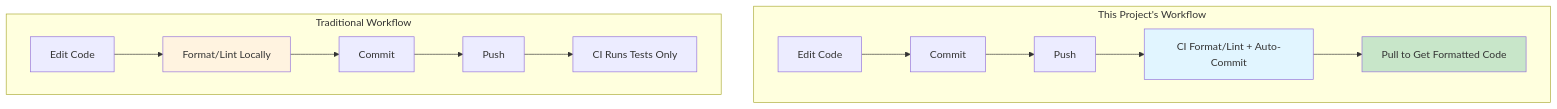
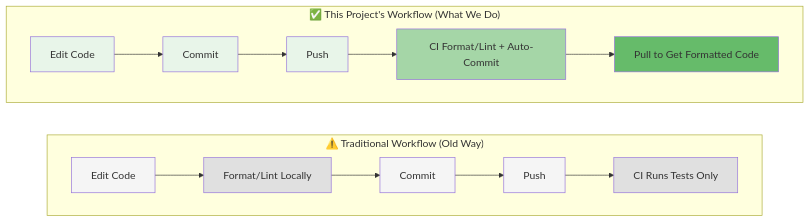
The first of 6 diagrams in .github/CI_CD_GUIDE.md (borealBytes/startup-blueprint), drawn with Mermaid before and after one commit.

Commit message:
docs(ci): stack workflow diagrams vertically with visual distinction
- Stack This Project's Workflow above Traditional Workflow
- Use color coding: green for current approach, gray for old approach
- Make visual hierarchy clear with distinct styling

````diff
--- a/.github/CI_CD_GUIDE.md
+++ b/.github/CI_CD_GUIDE.md
@@ -11,20 +11,30 @@
 ```mermaid
-graph TB
-    subgraph "This Project's Workflow"
+graph TD
+    subgraph new ["✅ This Project's Workflow (What We Do)"]
         B1[Edit Code] --> B2[Commit]
         B2 --> B3[Push]
         B3 --> B4[CI Format/Lint + Auto-Commit]
         B4 --> B5[Pull to Get Formatted Code]
     end
 
-    subgraph "Traditional Workflow"
+    subgraph old ["⚠️ Traditional Workflow (Old Way)"]
         A1[Edit Code] --> A2[Format/Lint Locally]
         A2 --> A3[Commit]
         A3 --> A4[Push]
         A4 --> A5[CI Runs Tests Only]
     end
 
-    style B4 fill:#e1f5ff
-    style B5 fill:#c8e6c9
-    style A2 fill:#fff3e0
+    new ~~~ old
+
+    style B1 fill:#e8f5e9
+    style B2 fill:#e8f5e9
+    style B3 fill:#e8f5e9
+    style B4 fill:#a5d6a7
+    style B5 fill:#66bb6a
+    
+    style A1 fill:#f5f5f5
+    style A2 fill:#e0e0e0
+    style A3 fill:#f5f5f5
+    style A4 fill:#f5f5f5
+    style A5 fill:#e0e0e0
 ```
````
